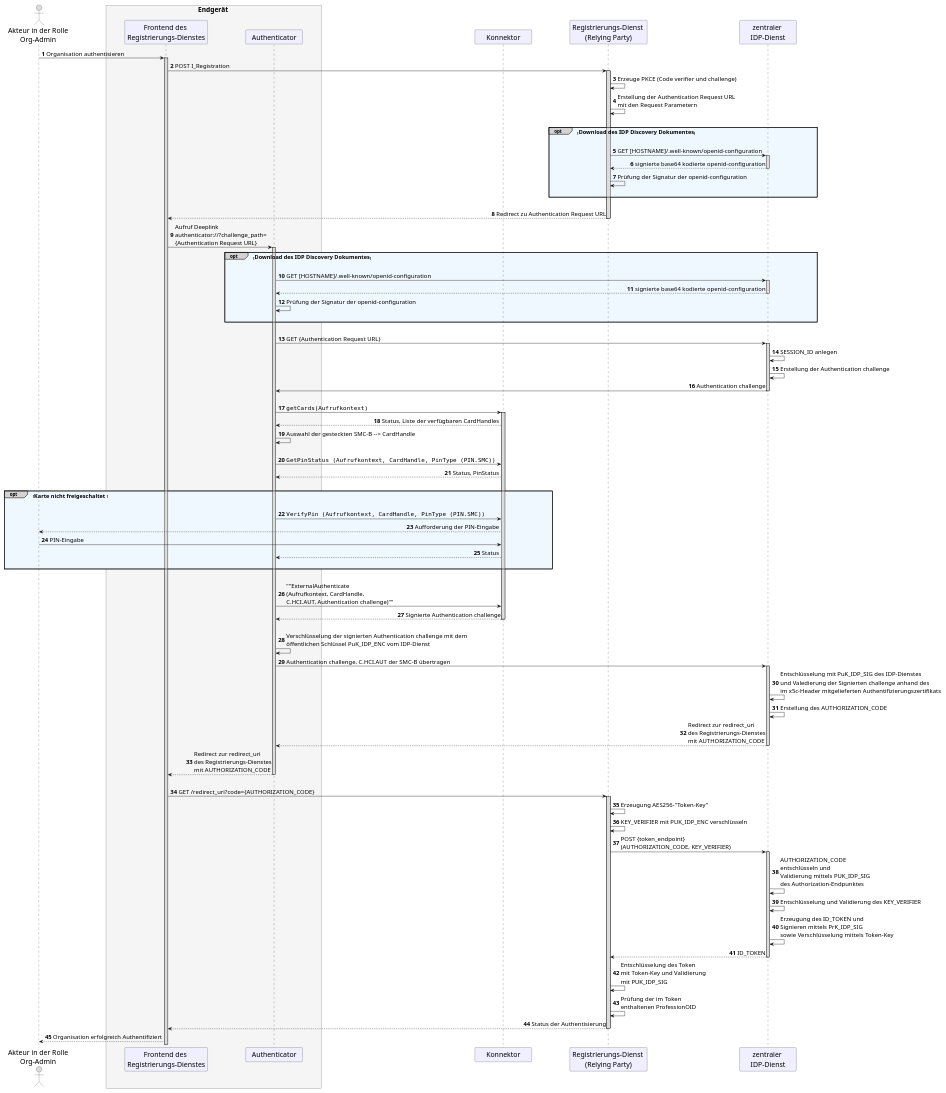
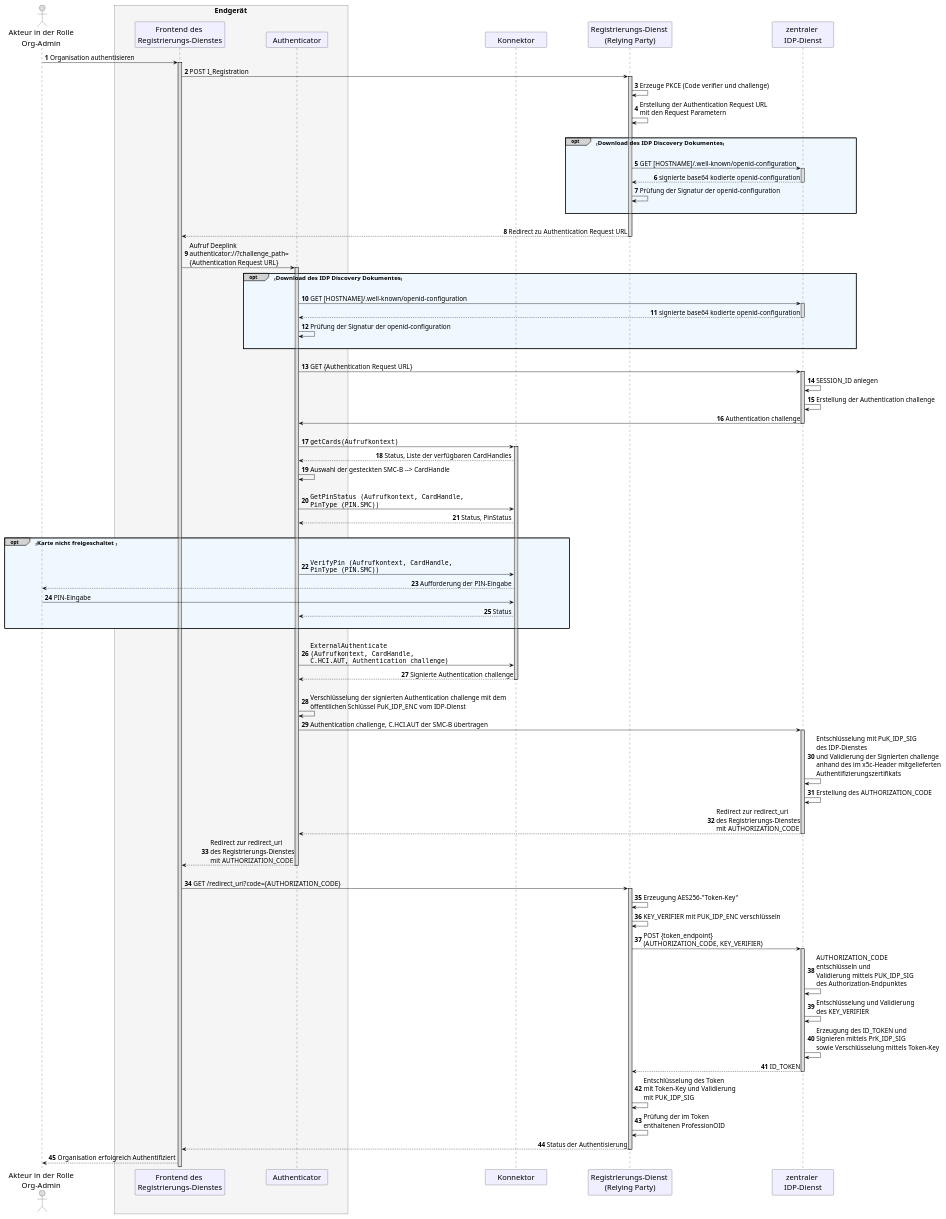
One commit to gematik/api-ti-messenger changed the diagram in src/plantuml/idp.puml. Above: the diagram before and after it, drawn with PlantUML.

Commit message:
formatting

```diff
--- a/src/plantuml/idp.puml
+++ b/src/plantuml/idp.puml
@@ -1,130 +1,130 @@
 @startuml
 
 skinparam sequenceMessageAlign direction
 skinparam WrapWidth 300
 skinparam minClassWidth 150
 skinparam BoxPadding 1
 skinparam ParticipantPadding 50
 skinparam sequenceReferenceHeaderBackgroundColor palegreen
 scale max 2048 width
 
 skinparam sequence {
 ArrowColor black
 ArrowFontSize 17
 ActorBorderColor black
 LifeLineBorderColor black
 LifeLineBackgroundColor Gainsboro
 
 ParticipantBorderColor Motivation
 ParticipantBackgroundColor Motivation
 ParticipantFontSize 20
 ParticipantFontColor black
 ParticipantBorderColor Black
 ParticipantBackgroundColor MOTIVATION
 
 ActorBackgroundColor Gainsboro
 ActorFontColor black
 ActorFontSize 20
 }
 
 autonumber
 
 actor oa as "Akteur in der Rolle\nOrg-Admin"
   box <size:19>Endgerät</size> #WhiteSmoke
   participant wb as "Frontend des \nRegistrierungs-Dienstes"
   participant au as "Authenticator"
   end box
 participant ko as "Konnektor"
 participant rd as "Registrierungs-Dienst \n(Relying Party)"
 participant ip as "zentraler \nIDP-Dienst"
 
 oa -> wb: Organisation authentisieren 
 
  activate wb
 wb -> rd:POST I_Registration
  
  activate rd
 rd->rd: Erzeuge PKCE (Code verifier und challenge)
 rd->rd: Erstellung der Authentication Request URL\nmit den Request Parametern
         |||
           opt#LightGrey #AliceBlue <size:16>Download des IDP Discovery Dokumentes</size>
           |||        
             rd -> ip:GET [HOSTNAME]/.well-known/openid-configuration
             activate ip
             ip --> rd:signierte base64 kodierte openid-configuration 
             deactivate ip
             rd -> rd:Prüfung der Signatur der openid-configuration
           |||
           end
 |||
 rd --> wb: Redirect zu Authentication Request URL 
  deactivate rd
 
         wb -> au: Aufruf Deeplink \nauthenticator://?challenge_path=\n{Authentication Request URL} 
         activate au        
           opt#LightGrey #AliceBlue <size:16>Download des IDP Discovery Dokumentes</size>
           |||        
             au -> ip:GET [HOSTNAME]/.well-known/openid-configuration
             activate ip
             ip --> au:signierte base64 kodierte openid-configuration 
             deactivate ip
             au -> au:Prüfung der Signatur der openid-configuration
           |||
           end
         |||
         au -> ip: GET {Authentication Request URL}
         activate ip
         ip -> ip: SESSION_ID anlegen
         ip -> ip: Erstellung der Authentication challenge
                 
         ip -> au: Authentication challenge
         deactivate ip
         |||
         au -> ko: ""getCards(Aufrufkontext)""
          activate ko
         ko --> au: Status, Liste der verfügbaren CardHandles
         au -> au: Auswahl der gesteckten SMC-B --> CardHandle
         |||
-        au -> ko: ""GetPinStatus (Aufrufkontext, CardHandle, PinType (PIN.SMC))""
+        au -> ko: ""GetPinStatus (Aufrufkontext, CardHandle,""\n""PinType (PIN.SMC))""
         ko --> au: Status, PinStatus
         |||
           opt#LightGrey #AliceBlue <size:16>Karte nicht freigeschaltet </size>
           |||
-            au -> ko: ""VerifyPin (Aufrufkontext, CardHandle, PinType (PIN.SMC))""
+            au -> ko: ""VerifyPin (Aufrufkontext, CardHandle,""\n""PinType (PIN.SMC))""
             ko --> oa: Aufforderung der PIN-Eingabe
             oa -> ko: PIN-Eingabe
             ko --> au: Status
           |||
           end
         |||
-        au -> ko: ""ExternalAuthenticate\n(Aufrufkontext, CardHandle,\nC.HCI.AUT, Authentication challenge)""
+        au -> ko: ""ExternalAuthenticate""\n""(Aufrufkontext, CardHandle,""\n""C.HCI.AUT, Authentication challenge)""
         ko --> au: Signierte Authentication challenge
           deactivate ko
         |||
         au -> au: Verschlüsselung der signierten Authentication challenge mit dem \nöffentlichen Schlüssel PuK_IDP_ENC vom IDP-Dienst
         au ->ip: Authentication challenge, C.HCI.AUT der SMC-B übertragen
         activate ip
-        ip -> ip: Entschlüsselung mit PuK_IDP_SIG des IDP-Dienstes \nund Valedierung der Signierten challenge anhand des \nim x5c-Header mitgelieferten Authentifizierungszertifikats
+        ip -> ip: Entschlüsselung mit PuK_IDP_SIG\ndes IDP-Dienstes\nund Validierung der Signierten challenge\nanhand des im x5c-Header mitgelieferten\nAuthentifizierungszertifikats
         ip -> ip: Erstellung des AUTHORIZATION_CODE
         ip --> au: Redirect zur redirect_uri\ndes Registrierungs-Dienstes\nmit AUTHORIZATION_CODE
           deactivate ip
         au --> wb: Redirect zur redirect_uri\ndes Registrierungs-Dienstes\nmit AUTHORIZATION_CODE
           deactivate au
         |||
         wb -> rd: GET /redirect_uri?code={AUTHORIZATION_CODE}
           activate rd
         rd -> rd: Erzeugung AES256-"Token-Key"
         rd -> rd: KEY_VERIFIER mit PUK_IDP_ENC verschlüsseln
         rd -> ip: POST {token_endpoint}\n(AUTHORIZATION_CODE, KEY_VERIFIER)
          activate ip
         ip -> ip: AUTHORIZATION_CODE\nentschlüsseln und\nValidierung mittels PUK_IDP_SIG\ndes Authorization-Endpunktes
-        ip -> ip: Entschlüsselung und Validierung des KEY_VERIFIER
+        ip -> ip: Entschlüsselung und Validierung\ndes KEY_VERIFIER
         ip -> ip: Erzeugung des ID_TOKEN und\nSignieren mittels PrK_IDP_SIG\nsowie Verschlüsselung mittels Token-Key
         ip --> rd: ID_TOKEN
          deactivate ip
         rd -> rd:  Entschlüsselung des Token\nmit Token-Key und Validierung\nmit PUK_IDP_SIG
         rd -> rd: Prüfung der im Token\nenthaltenen ProfessionOID
         rd --> wb: Status der Authentisierung
          deactivate rd
         wb --> oa: Organisation erfolgreich Authentifiziert
 @enduml
```
